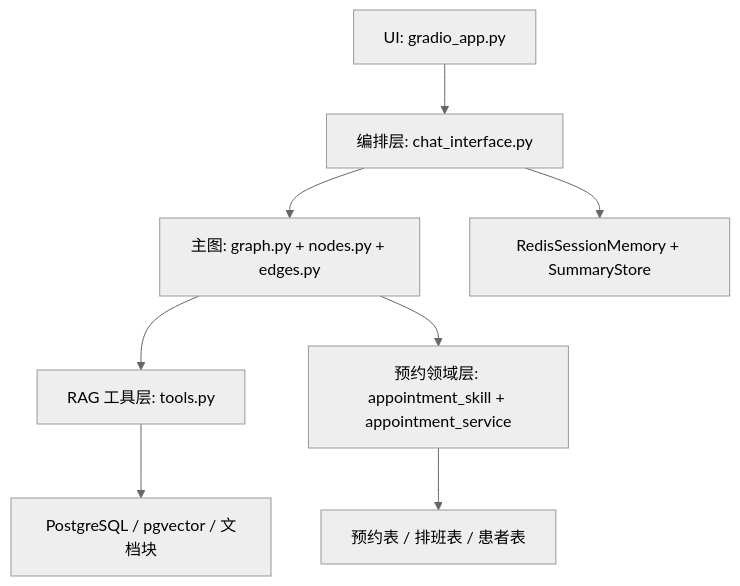
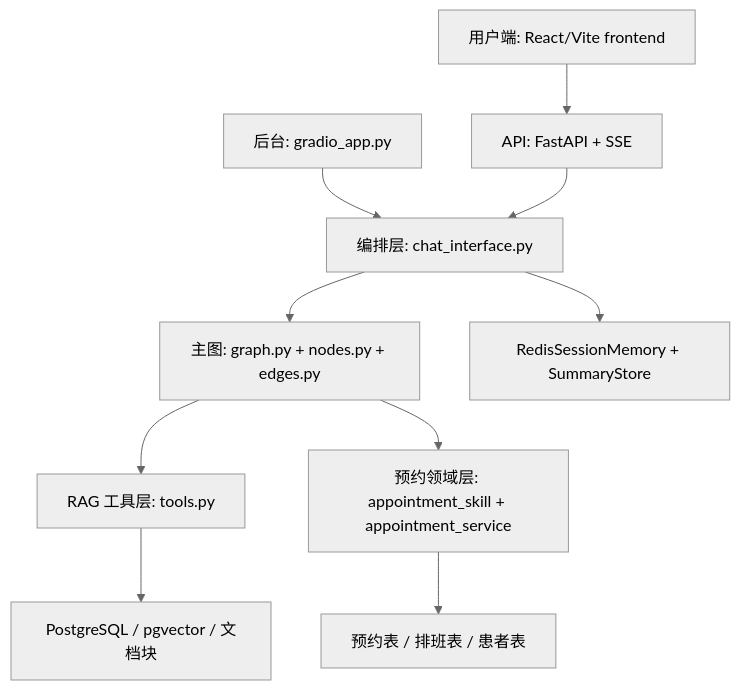
One commit to ouhuzzh/LangGraph-RAG-Appointment-Skill changed the first of 2 diagrams in docs/PROJECT_GUIDE_CN.md. Above: the diagram before and after it, drawn with Mermaid (neutral theme). The commit also changed other lines of this file and 18 other files, not shown here.

Commit message:
feat: add split frontend chat app

````diff
--- a/docs/PROJECT_GUIDE_CN.md
+++ b/docs/PROJECT_GUIDE_CN.md
@@ -112,10 +130,12 @@
 ```mermaid
 flowchart TD
-    A["UI: gradio_app.py"] --> B["编排层: chat_interface.py"]
+    A["用户端: React/Vite frontend"] --> I["API: FastAPI + SSE"]
+    J["后台: gradio_app.py"] --> B["编排层: chat_interface.py"]
+    I --> B
     B --> C["主图: graph.py + nodes.py + edges.py"]
     C --> D["RAG 工具层: tools.py"]
     C --> E["预约领域层: appointment_skill + appointment_service"]
     D --> F["PostgreSQL / pgvector / 文档块"]
     E --> G["预约表 / 排班表 / 患者表"]
     B --> H["RedisSessionMemory + SummaryStore"]
 ```
````
